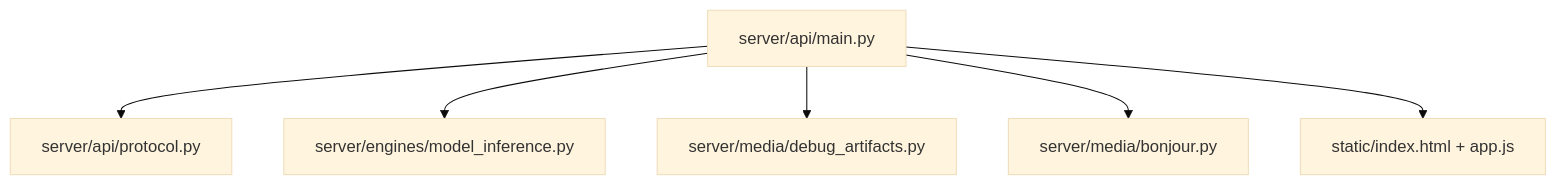
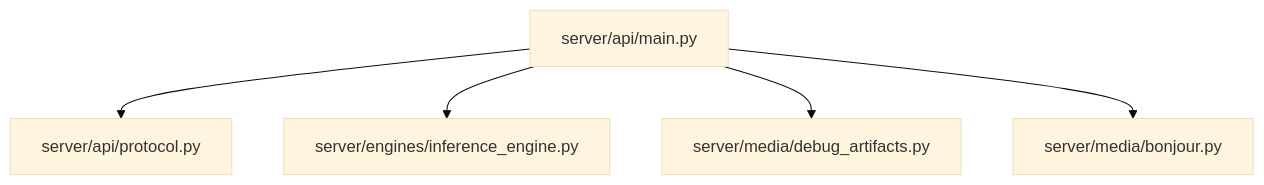
One commit to chiimagnus/HappyPianist changed the fourth of 4 diagrams in docs/architecture.md. Above: the diagram before and after it, drawn with Mermaid (base theme). The commit also changed other lines of this file and 23 other files, not shown here.

````diff
--- a/docs/architecture.md
+++ b/docs/architecture.md
@@ -98,8 +94,7 @@
 ```mermaid
 flowchart TD
   API[server/api/main.py] --> PROTO[server/api/protocol.py]
-  API --> MODEL[server/engines/model_inference.py]
+  API --> ENGINE[server/engines/inference_engine.py]
   API --> DBG[server/media/debug_artifacts.py]
   API --> BONJOUR[server/media/bonjour.py]
-  API --> STATIC[static/index.html + app.js]
 ```
````
